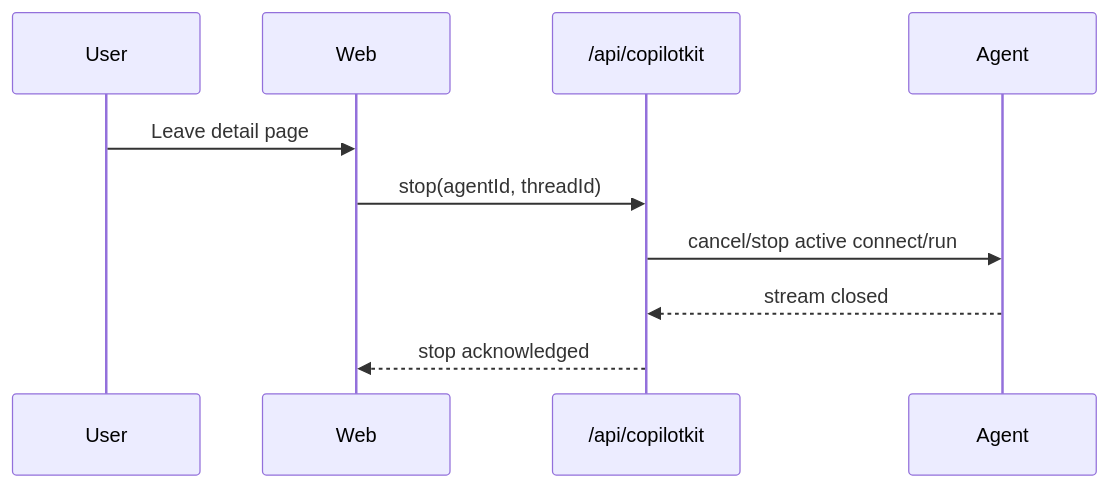
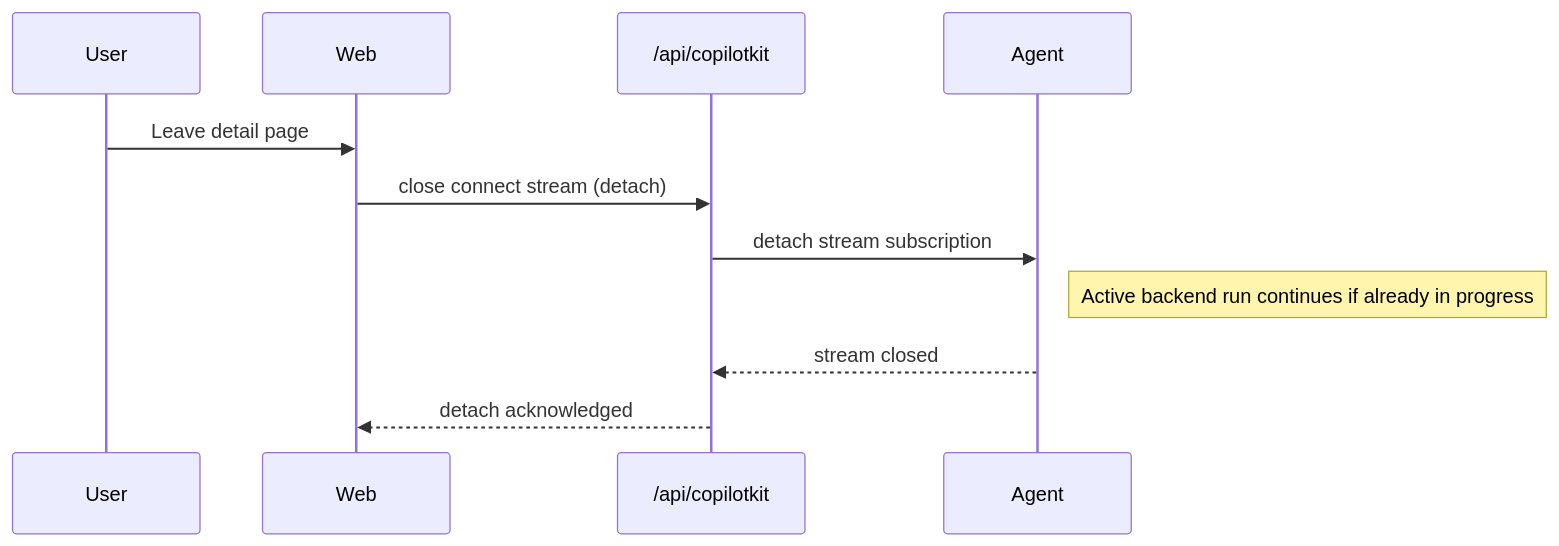
Before and after one commit to EmberAGI/arbitrum-vibekit: the fourth of 6 diagrams in typescript/clients/web-ag-ui/docs/c4-target-architecture-web-ag-ui-agents.md, drawn with Mermaid. The commit also changed other lines of this file and 10 other files, not shown here.

````diff
--- a/typescript/clients/web-ag-ui/docs/c4-target-architecture-web-ag-ui-agents.md
+++ b/typescript/clients/web-ag-ui/docs/c4-target-architecture-web-ag-ui-agents.md
@@ -177,13 +178,14 @@
 ```mermaid
 sequenceDiagram
   participant User
   participant Web
   participant Runtime as /api/copilotkit
   participant Agent
 
   User->>Web: Leave detail page
-  Web->>Runtime: stop(agentId, threadId)
-  Runtime->>Agent: cancel/stop active connect/run
+  Web->>Runtime: close connect stream (detach)
+  Runtime->>Agent: detach stream subscription
+  Note right of Agent: Active backend run continues if already in progress
   Agent-->>Runtime: stream closed
-  Runtime-->>Web: stop acknowledged
+  Runtime-->>Web: detach acknowledged
 ```
````
